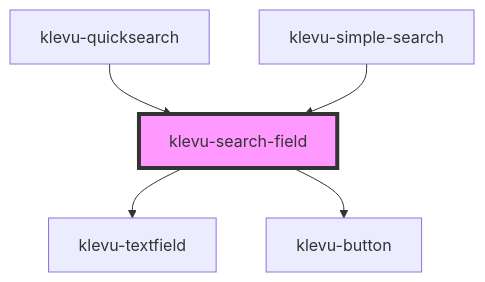
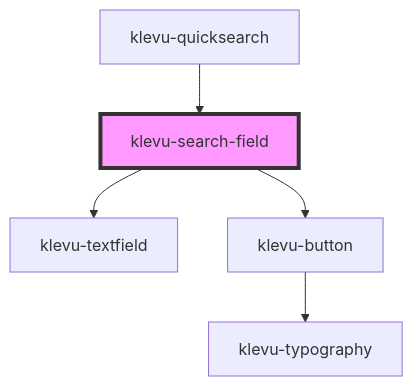
The diagram in packages/klevu-ui/src/components/klevu-search-field/readme.md (klevultd/frontend-sdk), drawn with Mermaid before and after one commit. The commit also changed other lines of this file and 199 other files, not shown here.

````diff
--- a/packages/klevu-ui/src/components/klevu-search-field/readme.md
+++ b/packages/klevu-ui/src/components/klevu-search-field/readme.md
@@ -42,8 +82,8 @@
 ```mermaid
 graph TD;
   klevu-search-field --> klevu-textfield
   klevu-search-field --> klevu-button
+  klevu-button --> klevu-typography
   klevu-quicksearch --> klevu-search-field
-  klevu-simple-search --> klevu-search-field
   style klevu-search-field fill:#f9f,stroke:#333,stroke-width:4px
 ```
````
